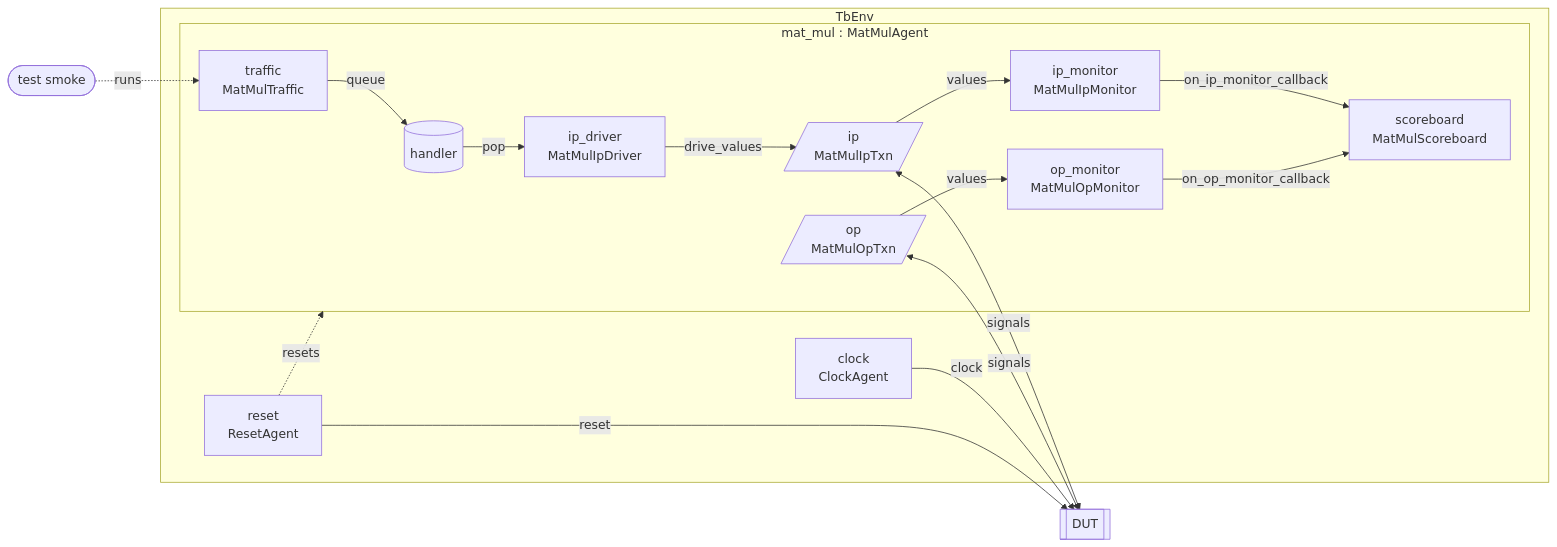
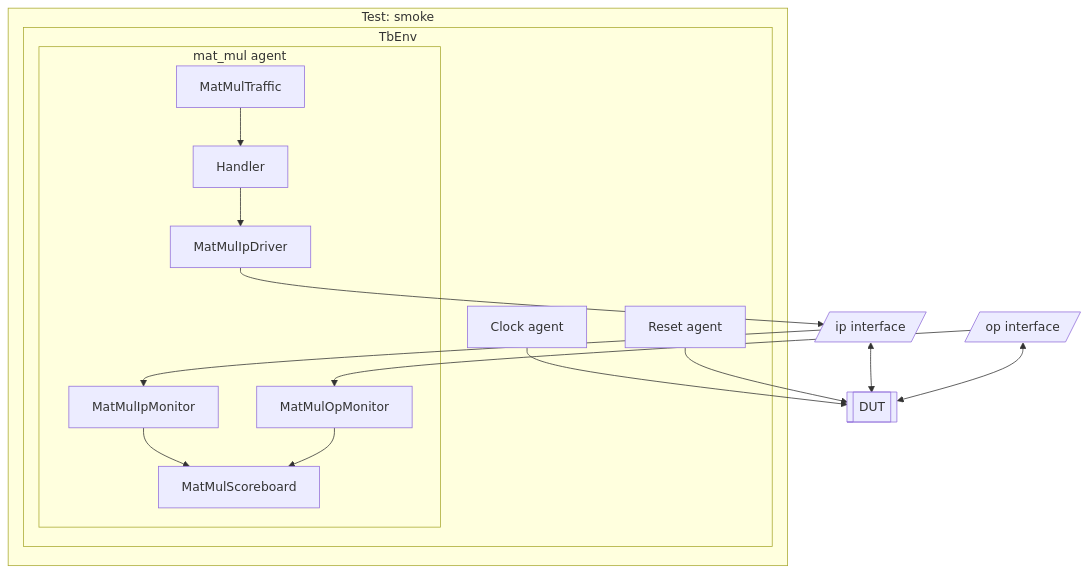
Before and after one commit to thsreen/py-uvm-zero: the diagram in src/examples/matrix_multiplier/tb/tb_connections.md, drawn with Mermaid. The commit also changed other lines of this file and 5 other files, not shown here.

First line of the commit message:
Simplify testbench diagrams to UVM-style block diagrams

````diff
--- a/src/examples/matrix_multiplier/tb/tb_connections.md
+++ b/src/examples/matrix_multiplier/tb/tb_connections.md
@@ -11,32 +11,31 @@
 ```mermaid
-flowchart LR
-  n_dut[["DUT"]]
-  subgraph n_tb_env["TbEnv"]
-    n_clock["clock<br/>ClockAgent"]
-    n_reset["reset<br/>ResetAgent"]
-    subgraph n_agent_mat_mul["mat_mul : MatMulAgent"]
-      n_handler_mat_mul[("handler")]
-      n_if_mat_mul_ip[/"ip<br/>MatMulIpTxn"/]
-      n_if_mat_mul_op[/"op<br/>MatMulOpTxn"/]
-      n_mon_mat_mul_ip_monitor["ip_monitor<br/>MatMulIpMonitor"]
-      n_mon_mat_mul_op_monitor["op_monitor<br/>MatMulOpMonitor"]
-      n_drv_mat_mul_ip_driver["ip_driver<br/>MatMulIpDriver"]
-      n_sb_mat_mul_scoreboard["scoreboard<br/>MatMulScoreboard"]
-      n_st_mat_mul_traffic["traffic<br/>MatMulTraffic"]
+flowchart TB
+  subgraph n_test["Test: smoke"]
+    subgraph n_tb_env["TbEnv"]
+      n_clock["Clock agent"]
+      n_reset["Reset agent"]
+      subgraph n_agent_mat_mul["mat_mul agent"]
+        n_handler_mat_mul["Handler"]
+        n_st_mat_mul_traffic["MatMulTraffic"]
+        n_drv_mat_mul_ip_driver["MatMulIpDriver"]
+        n_mon_mat_mul_ip_monitor["MatMulIpMonitor"]
+        n_mon_mat_mul_op_monitor["MatMulOpMonitor"]
+        n_sb_mat_mul_scoreboard["MatMulScoreboard"]
+      end
     end
   end
-  n_drv_mat_mul_ip_driver -->|drive_values| n_if_mat_mul_ip
-  n_handler_mat_mul -->|pop| n_drv_mat_mul_ip_driver
-  n_if_mat_mul_ip -->|values| n_mon_mat_mul_ip_monitor
-  n_if_mat_mul_ip <-->|signals| n_dut
-  n_if_mat_mul_op -->|values| n_mon_mat_mul_op_monitor
-  n_if_mat_mul_op <-->|signals| n_dut
-  n_mon_mat_mul_ip_monitor -->|on_ip_monitor_callback| n_sb_mat_mul_scoreboard
-  n_mon_mat_mul_op_monitor -->|on_op_monitor_callback| n_sb_mat_mul_scoreboard
-  n_st_mat_mul_traffic -->|queue| n_handler_mat_mul
-  n_clock -->|clock| n_dut
-  n_reset -->|reset| n_dut
-  n_reset -.->|resets| n_agent_mat_mul
-  n_test_smoke(["test smoke"])
-  n_test_smoke -.->|runs| n_st_mat_mul_traffic
+  n_if_mat_mul_ip[/"ip interface"/]
+  n_if_mat_mul_op[/"op interface"/]
+  n_dut[["DUT"]]
+  n_st_mat_mul_traffic --> n_handler_mat_mul
+  n_handler_mat_mul --> n_drv_mat_mul_ip_driver
+  n_drv_mat_mul_ip_driver --> n_if_mat_mul_ip
+  n_if_mat_mul_ip --> n_mon_mat_mul_ip_monitor
+  n_if_mat_mul_op --> n_mon_mat_mul_op_monitor
+  n_mon_mat_mul_ip_monitor --> n_sb_mat_mul_scoreboard
+  n_mon_mat_mul_op_monitor --> n_sb_mat_mul_scoreboard
+  n_if_mat_mul_ip <--> n_dut
+  n_if_mat_mul_op <--> n_dut
+  n_clock --> n_dut
+  n_reset --> n_dut
 ```
````
